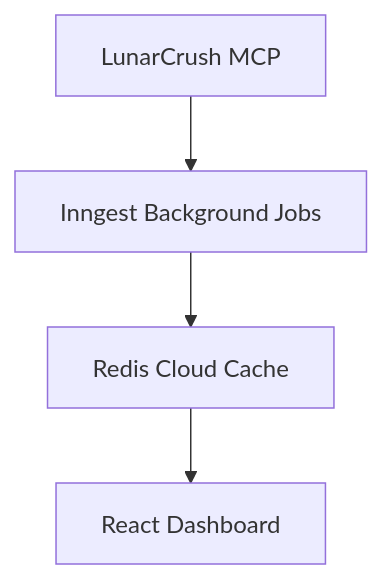
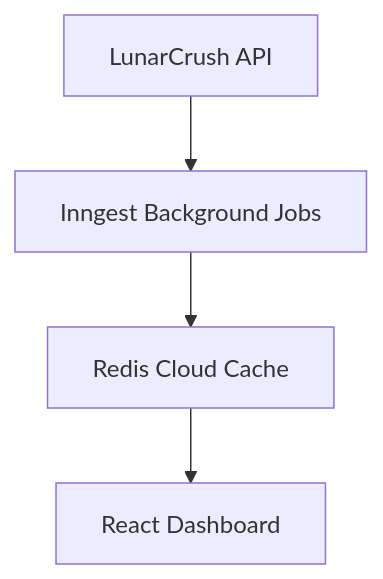
One commit to danilobatson/crypto-rankings changed the diagram in ReadMe.md. Above: the diagram before and after it, drawn with Mermaid. The commit also changed other lines of this file, not shown here.

````diff
--- a/ReadMe.md
+++ b/ReadMe.md
@@ -21,6 +21,6 @@
 ```mermaid
 graph TD
-    A[LunarCrush MCP] --> B[Inngest Background Jobs]
+    A[LunarCrush API] --> B[Inngest Background Jobs]
     B --> C[Redis Cloud Cache]
     C --> D[React Dashboard]
 ```
````
